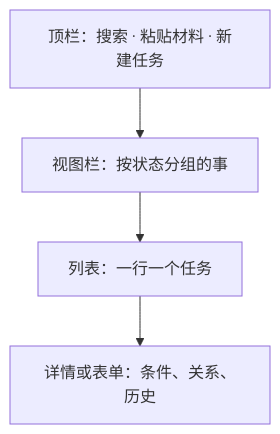
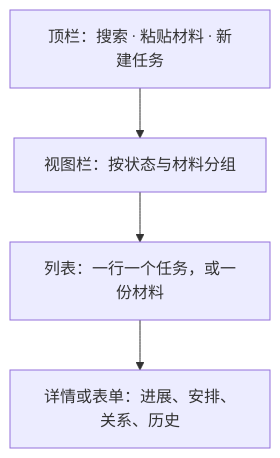
Before and after one commit to billowsand/gongwen: the first of 2 diagrams in assets/help/23-task-assistant.md, drawn with Mermaid. The commit also changed other lines of this file and 4 other files, not shown here.

````diff
--- a/assets/help/23-task-assistant.md
+++ b/assets/help/23-task-assistant.md
@@ -24,6 +24,6 @@
 ```mermaid
 flowchart TD
-  A[顶栏：搜索 · 粘贴材料 · 新建任务] --> B[视图栏：按状态分组的事]
-  B --> C[列表：一行一个任务]
-  C --> D[详情或表单：条件、关系、历史]
+  A[顶栏：搜索 · 粘贴材料 · 新建任务] --> B[视图栏：按状态与材料分组]
+  B --> C[列表：一行一个任务，或一份材料]
+  C --> D[详情或表单：进展、安排、关系、历史]
 ```
````
